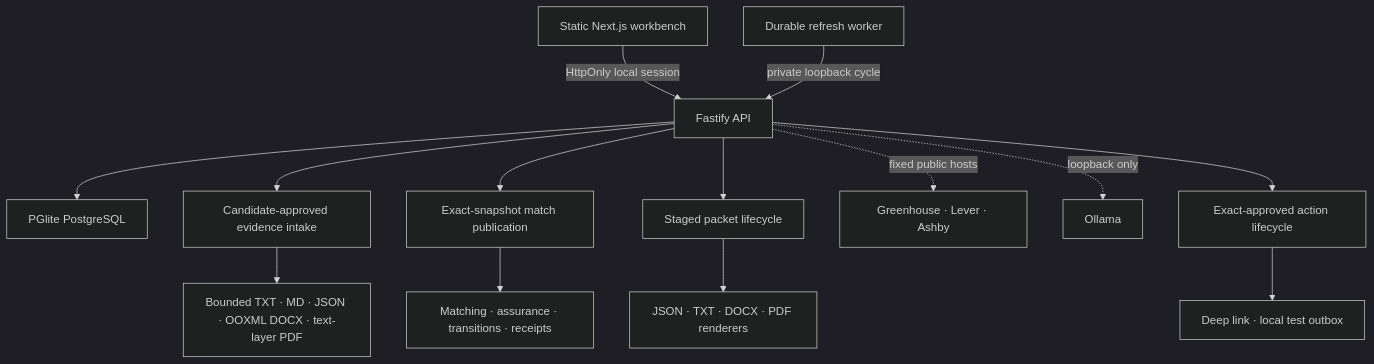
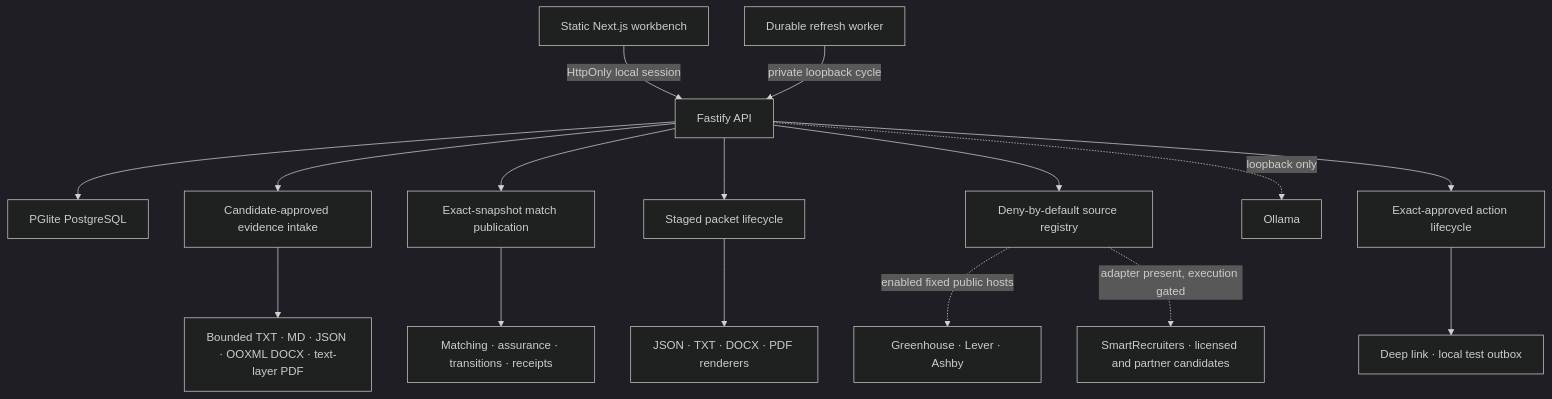
The first of 2 diagrams in docs/architecture/system.md (udhawan97/Nimanto), drawn with Mermaid (dark theme) before and after one commit. The commit also changed other lines of this file and 39 other files, not shown here.

````diff
--- a/docs/architecture/system.md
+++ b/docs/architecture/system.md
@@ -16,16 +16,18 @@
 ```mermaid
 flowchart TB
   Browser["Static Next.js workbench"] -->|"HttpOnly local session"| API["Fastify API"]
   API --> Store["PGlite PostgreSQL"]
   API --> Intake["Candidate-approved evidence intake"]
   Intake --> Parsers["Bounded TXT · MD · JSON · OOXML DOCX · text-layer PDF"]
   API --> Publication["Exact-snapshot match publication"]
   Publication --> Domain["Matching · assurance · transitions · receipts"]
   API --> Packet["Staged packet lifecycle"]
   Packet --> Documents["JSON · TXT · DOCX · PDF renderers"]
   Worker["Durable refresh worker"] -->|"private loopback cycle"| API
-  API -. "fixed public hosts" .-> ATS["Greenhouse · Lever · Ashby"]
+  API --> Registry["Deny-by-default source registry"]
+  Registry -. "enabled fixed public hosts" .-> ATS["Greenhouse · Lever · Ashby"]
+  Registry -. "adapter present, execution gated" .-> Future["SmartRecruiters · licensed and partner candidates"]
   API -. "loopback only" .-> Model["Ollama"]
   API --> Gate["Exact-approved action lifecycle"]
   Gate --> Outbox["Deep link · local test outbox"]
 ```
````
